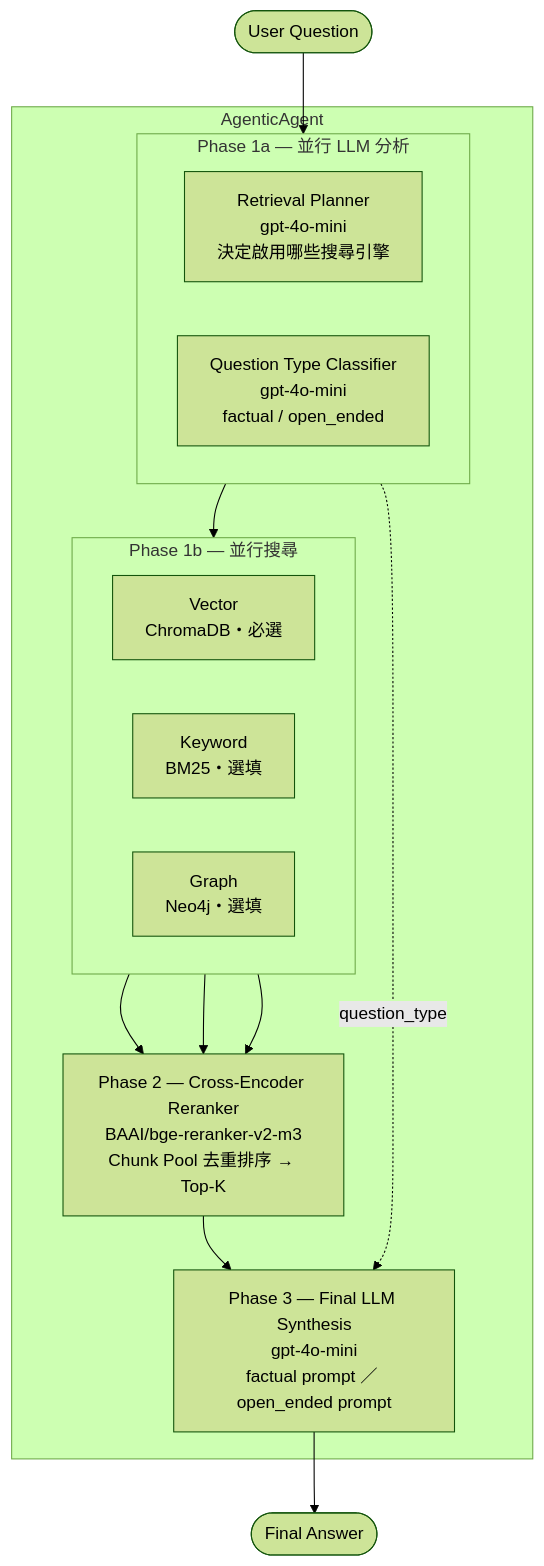
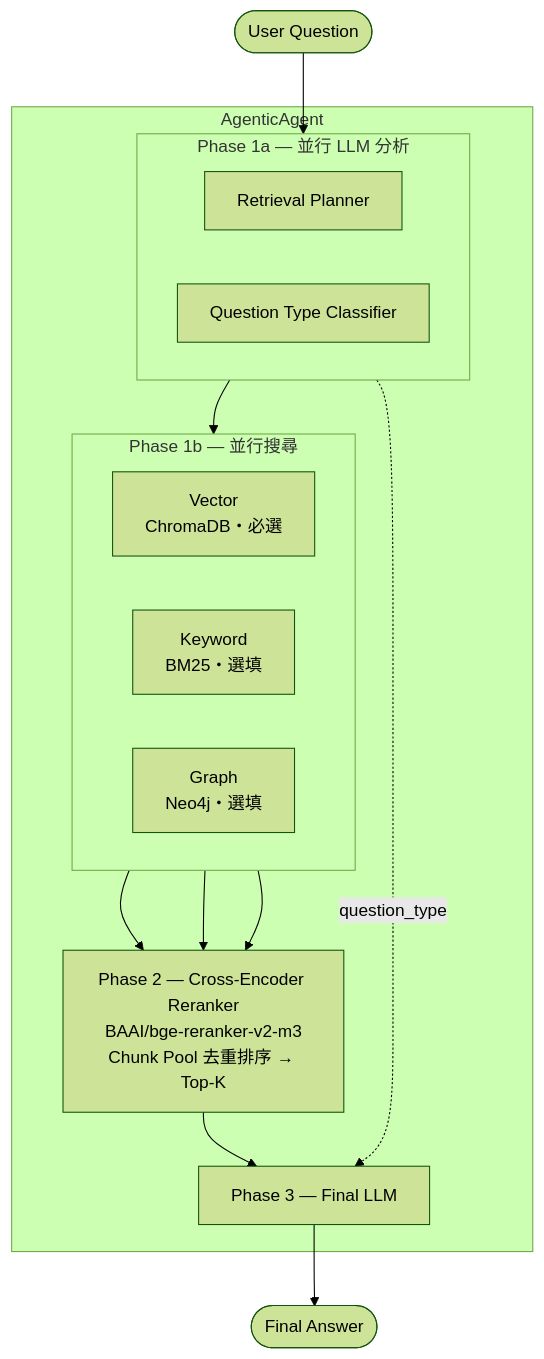
Before and after one commit to kencsie/BEARS: the diagram in README.md, drawn with Mermaid (forest theme).

````diff
--- a/README.md
+++ b/README.md
@@ -7,32 +7,32 @@
 ```mermaid
 flowchart TD
     Q(["User Question"])
 
     subgraph AGENT["AgenticAgent"]
         subgraph P1A["Phase 1a — 並行 LLM 分析"]
             direction LR
-            RP["Retrieval Planner<br/>gpt-4o-mini<br/>決定啟用哪些搜尋引擎"]
-            QC["Question Type Classifier<br/>gpt-4o-mini<br/>factual / open_ended"]
+            RP["Retrieval Planner<br/>"]
+            QC["Question Type Classifier"]
         end
 
         subgraph P1B["Phase 1b — 並行搜尋"]
             direction LR
             V["Vector<br/>ChromaDB・必選"]
             K["Keyword<br/>BM25・選填"]
             G["Graph<br/>Neo4j・選填"]
         end
 
         RK["Phase 2 — Cross-Encoder Reranker<br/>BAAI/bge-reranker-v2-m3<br/>Chunk Pool 去重排序 → Top-K"]
 
-        SY["Phase 3 — Final LLM Synthesis<br/>gpt-4o-mini<br/>factual prompt ／ open_ended prompt"]
+        SY["Phase 3 — Final LLM "]
     end
 
     ANS(["Final Answer"])
 
     Q --> P1A
     RP --> P1B
     V & K & G --> RK
     RK --> SY
     QC -. question_type .-> SY
     SY --> ANS
 ```
````
